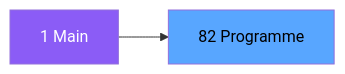
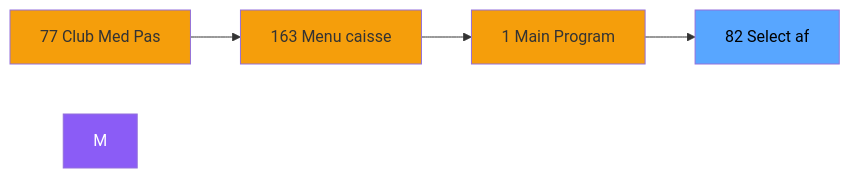
The second of 3 diagrams in .openspec/specs/ADH-IDE-82.md (thonyAGP/magic-migration), drawn with Mermaid before and after one commit. The commit also changed other lines of this file and 323 other files, not shown here.

````diff
--- a/.openspec/specs/ADH-IDE-82.md
+++ b/.openspec/specs/ADH-IDE-82.md
@@ -100,8 +126,15 @@
 ```mermaid
 graph LR
-    M[1 Main]
-    T[82 Programme]
-    M --> T
+    N77[77 Club Med Pas]
+    N163[163 Menu caisse ]
+    N1[1 Main Program]
+    T[82    Select af]
+    N77 --> N163
+    N163 --> N1
+    N1 --> T
     style M fill:#8b5cf6,color:#fff
+    style N77 fill:#f59e0b
+    style N163 fill:#f59e0b
+    style N1 fill:#f59e0b
     style T fill:#58a6ff,color:#000
 ```
````
